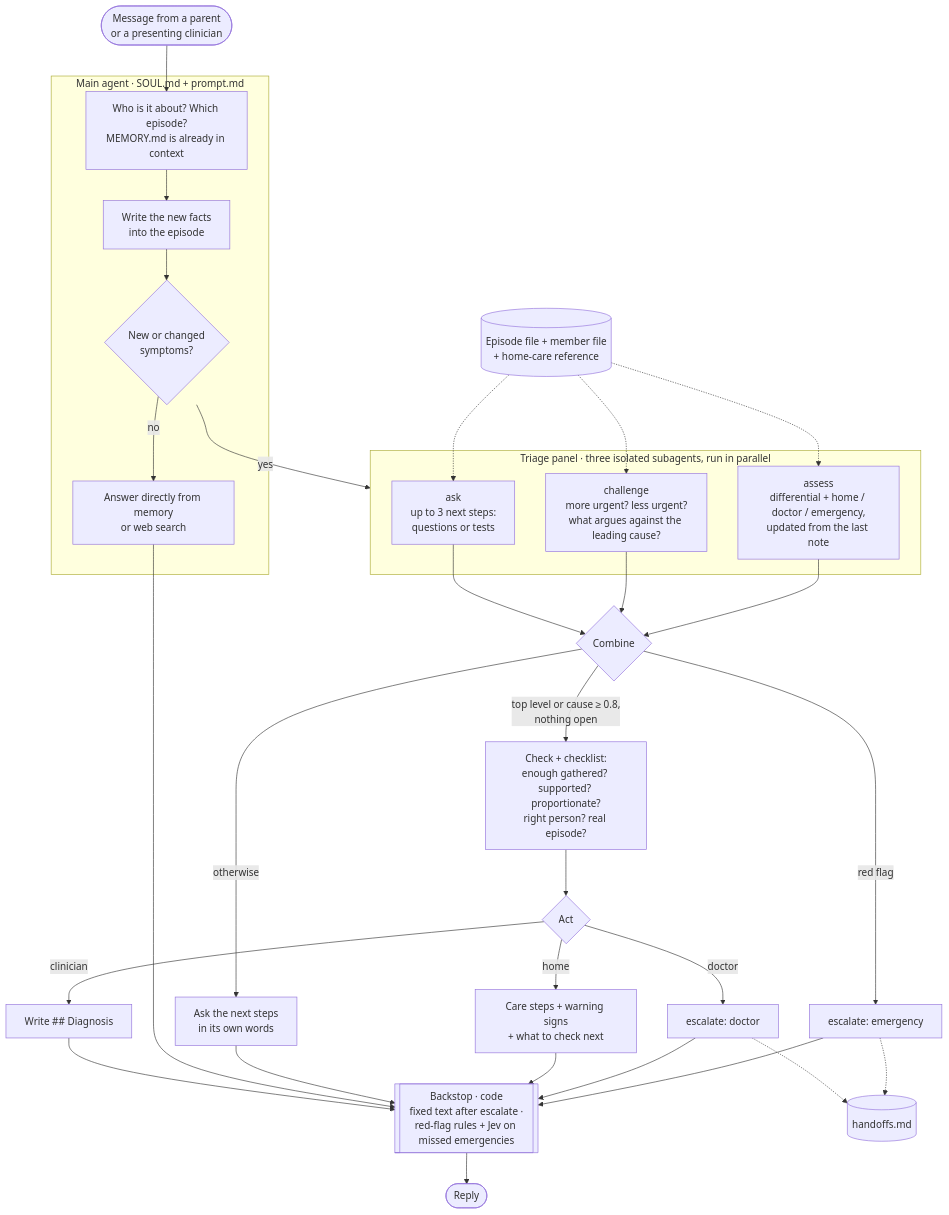
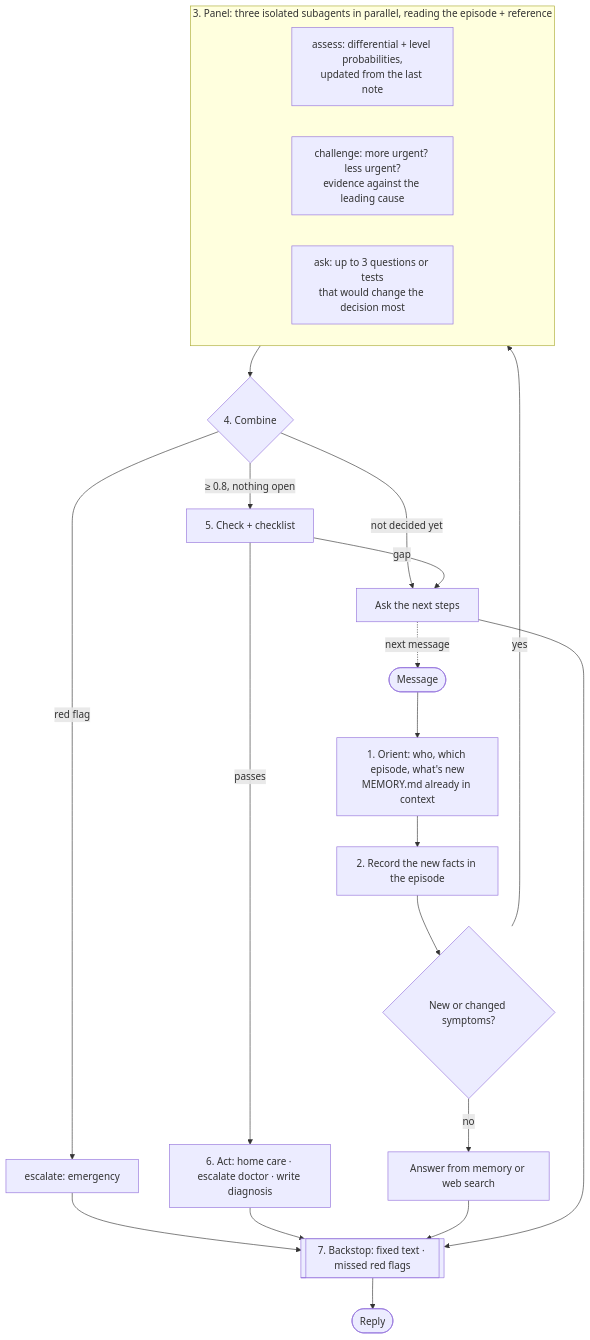
Before and after one commit to StTronn/health-agent: the diagram in README.md, drawn with Mermaid. The commit also changed other lines of this file, not shown here.

Commit message:
README (v1): agent anatomy, the loop and how decisions are made

````diff
--- a/README.md
+++ b/README.md
@@ -20,33 +35,23 @@
 ```mermaid
 flowchart TD
-    U([Message from a parent<br/>or a presenting clinician]) --> M
+    U([Message]) --> O[1. Orient: who, which episode, what's new<br/>MEMORY.md already in context]
+    O --> R[2. Record the new facts in the episode]
+    R --> S{New or changed symptoms?}
+    S -- no --> GQ[Answer from memory or web search]
+    S -- yes --> PN
 
-    subgraph MAIN["Main agent · SOUL.md + prompt.md"]
-        M[Who is it about? Which episode?<br/>MEMORY.md is already in context] --> W[Write the new facts<br/>into the episode]
-        W --> Q{New or changed<br/>symptoms?}
-        Q -- no --> G[Answer directly from memory<br/>or web search]
+    subgraph PN["3. Panel: three isolated subagents in parallel, reading the episode + reference"]
+        A[assess: differential + level probabilities,<br/>updated from the last note]
+        C[challenge: more urgent? less urgent?<br/>evidence against the leading cause]
+        K[ask: up to 3 questions or tests<br/>that would change the decision most]
     end
 
-    Q -- yes --> P
-    subgraph P["Triage panel · three isolated subagents, run in parallel"]
-        A["assess<br/>differential + home / doctor / emergency,<br/>updated from the last note"]
-        C["challenge<br/>more urgent? less urgent?<br/>what argues against the leading cause?"]
-        K["ask<br/>up to 3 next steps:<br/>questions or tests"]
-    end
-    F[(Episode file + member file<br/>+ home-care reference)] -.-> A & C & K
-
-    A & C & K --> CB{Combine}
-    CB -- "red flag" --> E[escalate: emergency]
-    CB -- "top level or cause ≥ 0.8,<br/>nothing open" --> CK
-    CB -- "otherwise" --> AS[Ask the next steps<br/>in its own words]
-
-    CK[Check + checklist:<br/>enough gathered? supported? proportionate?<br/>right person? real episode?] --> ACT{Act}
-    ACT -- home --> H[Care steps + warning signs<br/>+ what to check next]
-    ACT -- doctor --> D[escalate: doctor]
-    ACT -- clinician --> DX[Write ## Diagnosis]
-
-    E & D --> B
-    H & AS & G & DX --> B
-    B[["Backstop · code<br/>fixed text after escalate ·<br/>red-flag rules + Jev on missed emergencies"]] --> R([Reply])
-    E & D -.-> HO[(handoffs.md)]
+    PN --> CB{4. Combine}
+    CB -- red flag --> EM[escalate: emergency]
+    CB -- "not decided yet" --> AQ[Ask the next steps]
+    CB -- "≥ 0.8, nothing open" --> CK[5. Check + checklist]
+    CK -- passes --> ACT[6. Act: home care · escalate doctor · write diagnosis]
+    CK -- gap --> AQ
+    AQ -. next message .-> U
+    EM & ACT & GQ & AQ --> BS[[7. Backstop: fixed text · missed red flags]] --> OUT([Reply])
 ```
````
